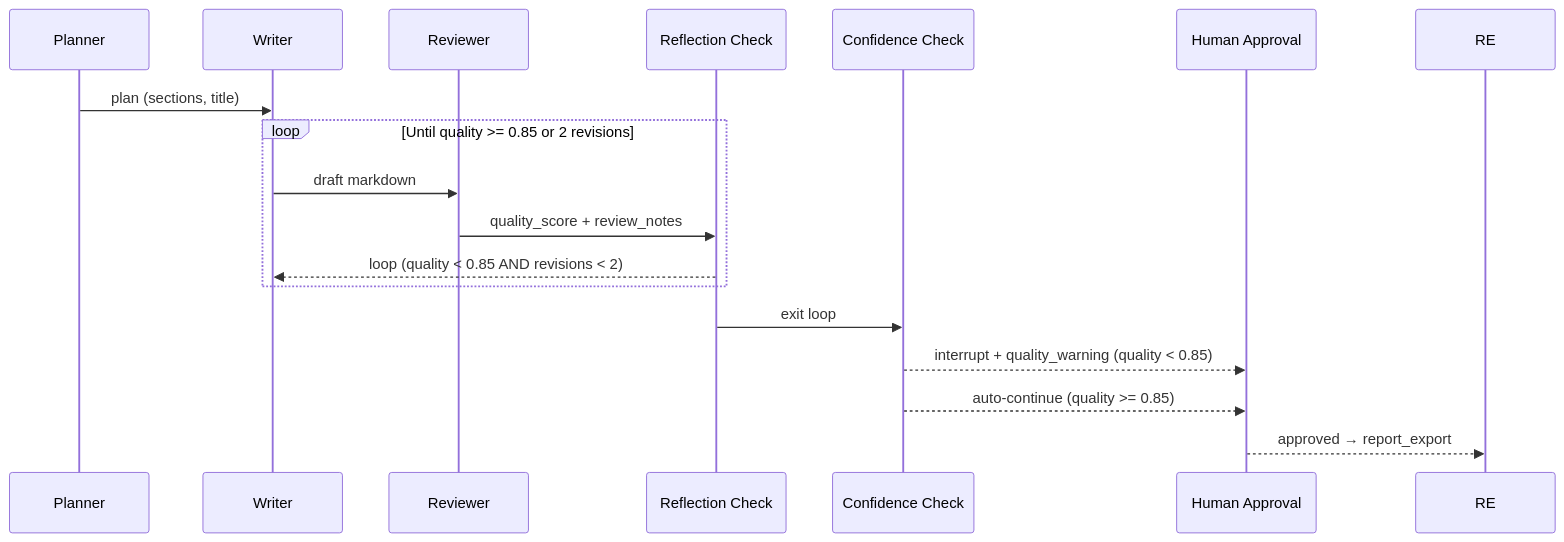
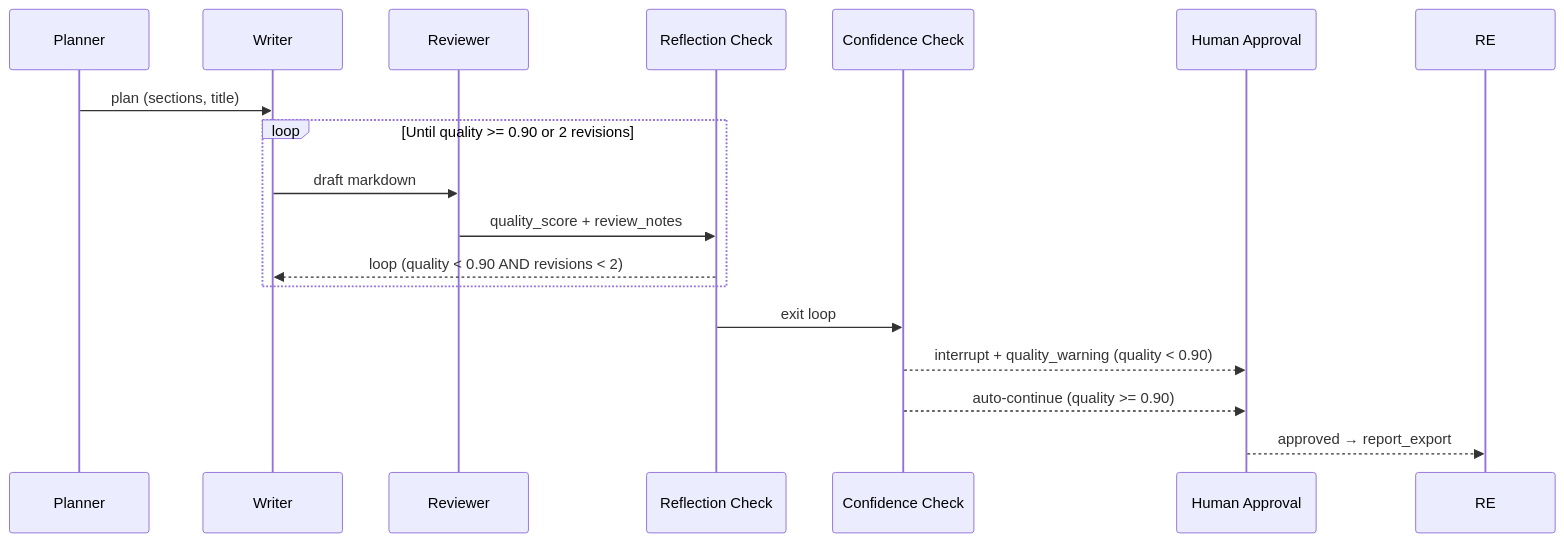
One commit to amit2440/jira-ai-agent changed the fourth of 4 diagrams in README.md. Above: the diagram before and after it, drawn with Mermaid. The commit also changed other lines of this file and 31 other files, not shown here.

Commit message:
fix: Docs & Diagrams

````diff
--- a/README.md
+++ b/README.md
@@ -135,20 +129,20 @@
 ```mermaid
 sequenceDiagram
     participant PL as Planner
     participant WR as Writer
     participant RV as Reviewer
     participant RC as Reflection Check
     participant CC as Confidence Check
     participant H as Human Approval
 
     PL->>WR: plan (sections, title)
-    loop Until quality >= 0.85 or 2 revisions
+    loop Until quality >= 0.90 or 2 revisions
         WR->>RV: draft markdown
         RV->>RC: quality_score + review_notes
-        RC-->>WR: loop (quality < 0.85 AND revisions < 2)
+        RC-->>WR: loop (quality < 0.90 AND revisions < 2)
     end
     RC->>CC: exit loop
-    CC-->>H: interrupt + quality_warning (quality < 0.85)
-    CC-->>H: auto-continue (quality >= 0.85)
+    CC-->>H: interrupt + quality_warning (quality < 0.90)
+    CC-->>H: auto-continue (quality >= 0.90)
     H-->>RE: approved → report_export
 ```
````
